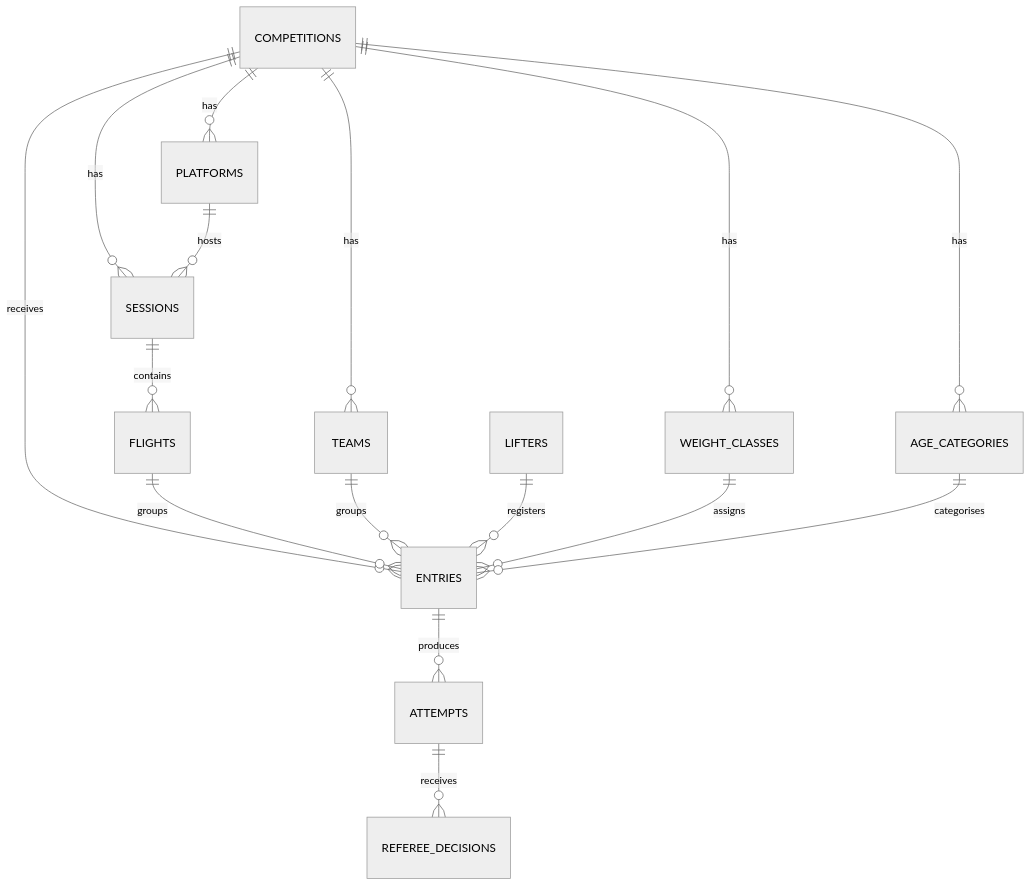
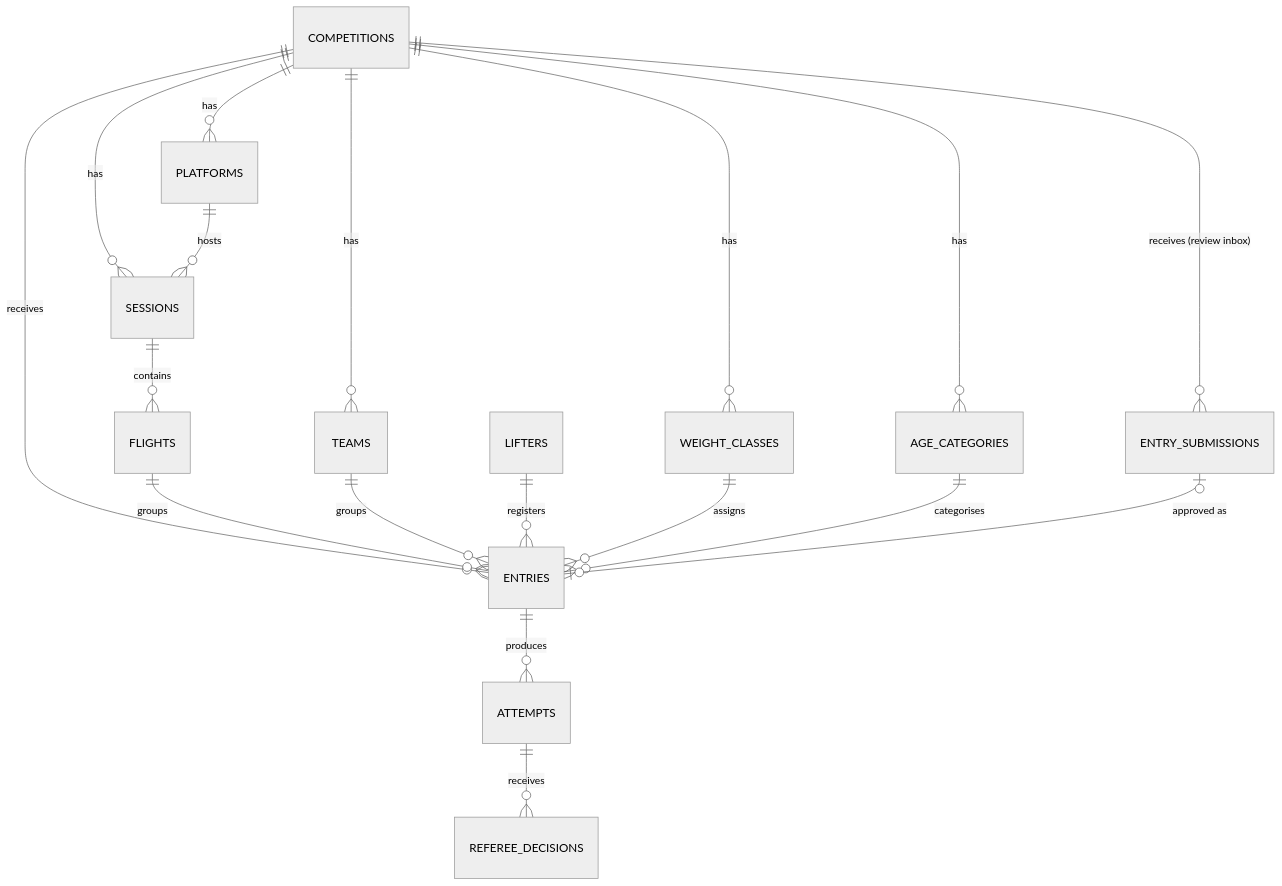
One commit to StrengthAnalytics/Comp-Software changed the diagram in ARCHITECTURE.md. Above: the diagram before and after it, drawn with Mermaid (neutral theme). The commit also changed other lines of this file and 1 other file, not shown here.

First line of the commit message:
docs: bring ARCHITECTURE and CLAUDE.md fully in step with the entry-form code

````diff
--- a/ARCHITECTURE.md
+++ b/ARCHITECTURE.md
@@ -29,18 +29,20 @@
 ```mermaid
 erDiagram
   COMPETITIONS ||--o{ AGE_CATEGORIES : has
   COMPETITIONS ||--o{ WEIGHT_CLASSES : has
   COMPETITIONS ||--o{ PLATFORMS : has
   COMPETITIONS ||--o{ SESSIONS : has
   COMPETITIONS ||--o{ ENTRIES : receives
   COMPETITIONS ||--o{ TEAMS : has
   PLATFORMS ||--o{ SESSIONS : hosts
   SESSIONS ||--o{ FLIGHTS : contains
   FLIGHTS ||--o{ ENTRIES : groups
   TEAMS ||--o{ ENTRIES : groups
   LIFTERS ||--o{ ENTRIES : registers
   WEIGHT_CLASSES ||--o{ ENTRIES : assigns
   AGE_CATEGORIES ||--o{ ENTRIES : categorises
   ENTRIES ||--o{ ATTEMPTS : produces
   ATTEMPTS ||--o{ REFEREE_DECISIONS : receives
+  COMPETITIONS ||--o{ ENTRY_SUBMISSIONS : "receives (review inbox)"
+  ENTRY_SUBMISSIONS |o--o| ENTRIES : "approved as"
 ```
````
